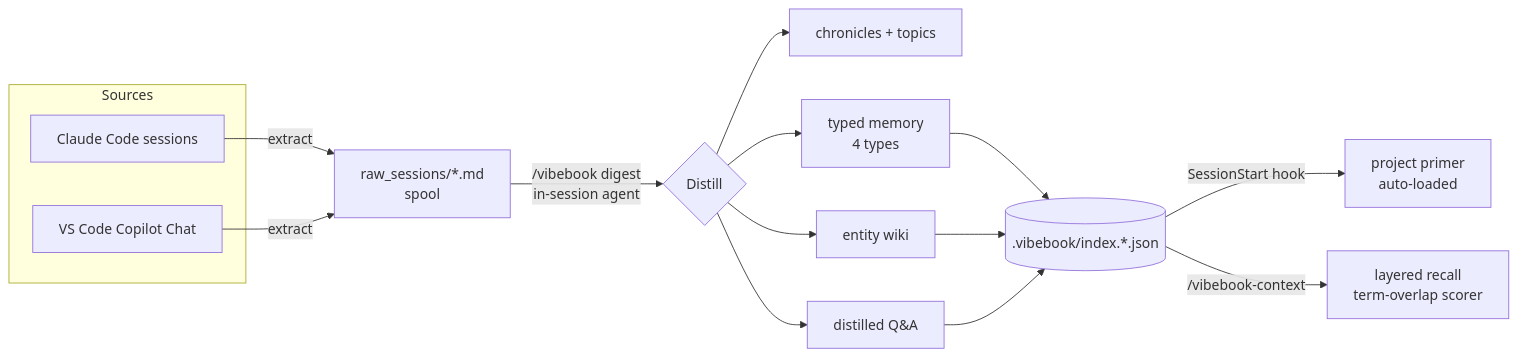
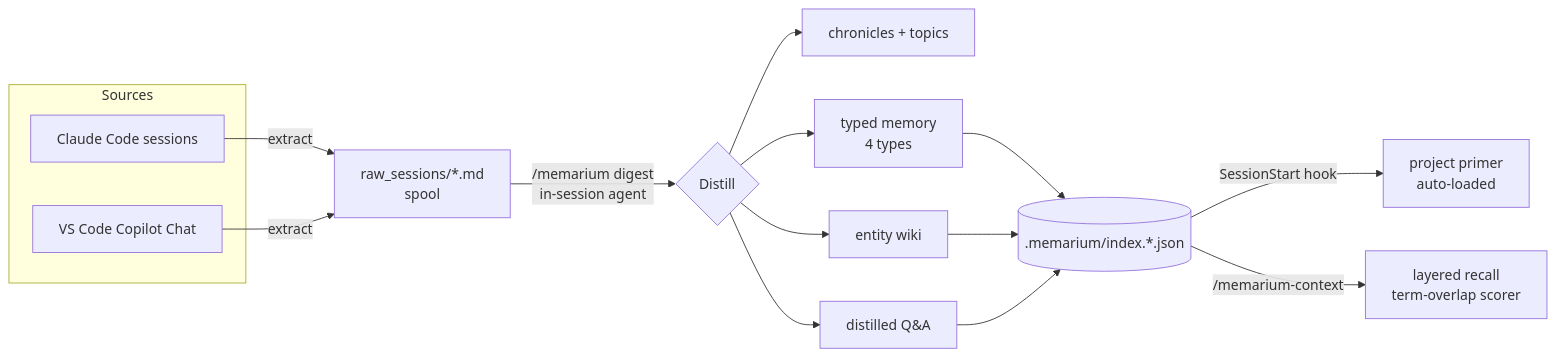
Before and after one commit to june9593/memarium-plugin: the first of 2 diagrams in README.md, drawn with Mermaid. The commit also changed other lines of this file and 106 other files, not shown here.

First line of the commit message:
rename: vibebook → memarium (plugin); v0.13.0

````diff
--- a/README.md
+++ b/README.md
@@ -17,16 +17,16 @@
 ```mermaid
 flowchart LR
   subgraph Sources
     A[Claude Code sessions]
     B[VS Code Copilot Chat]
   end
   A & B -->|extract| SP[raw_sessions/*.md<br/>spool]
-  SP -->|/vibebook digest<br/>in-session agent| D{Distill}
+  SP -->|/memarium digest<br/>in-session agent| D{Distill}
   D --> CH[chronicles + topics]
   D --> M[typed memory<br/>4 types]
   D --> E[entity wiki]
   D --> Q[distilled Q&A]
-  M & E & Q --> IDX[(.vibebook/index.*.json)]
+  M & E & Q --> IDX[(.memarium/index.*.json)]
   IDX -->|SessionStart hook| P[project primer<br/>auto-loaded]
-  IDX -->|/vibebook-context| R[layered recall<br/>term-overlap scorer]
+  IDX -->|/memarium-context| R[layered recall<br/>term-overlap scorer]
 ```
````
